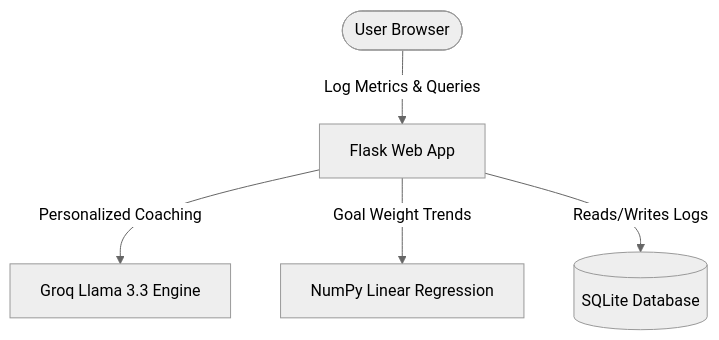
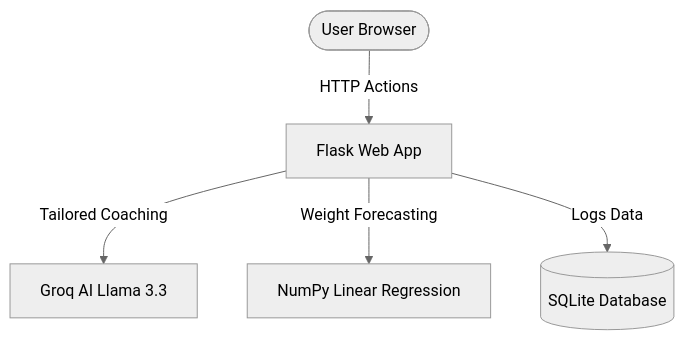
Before and after one commit to GNANESWARKOKKIRALA/Fit-AI: the diagram in README.md, drawn with Mermaid (neutral theme). The commit also changed other lines of this file, not shown here.

Commit message:
docs: add Project Folder Architecture directory layout tree to README.md

````diff
--- a/README.md
+++ b/README.md
@@ -24,7 +24,7 @@
 ```mermaid
 graph TD
-    User([User Browser]) -->|Log Metrics & Queries| Flask[Flask Web App]
-    Flask -->|Personalized Coaching| Groq[Groq Llama 3.3 Engine]
-    Flask -->|Goal Weight Trends| NumPy[NumPy Linear Regression]
-    Flask -->|Reads/Writes Logs| SQLite[(SQLite Database)]
+    User([User Browser]) -->|HTTP Actions| Flask[Flask Web App]
+    Flask -->|Tailored Coaching| Groq[Groq AI Llama 3.3]
+    Flask -->|Weight Forecasting| NumPy[NumPy Linear Regression]
+    Flask -->|Logs Data| SQLite[(SQLite Database)]
 ```
````
